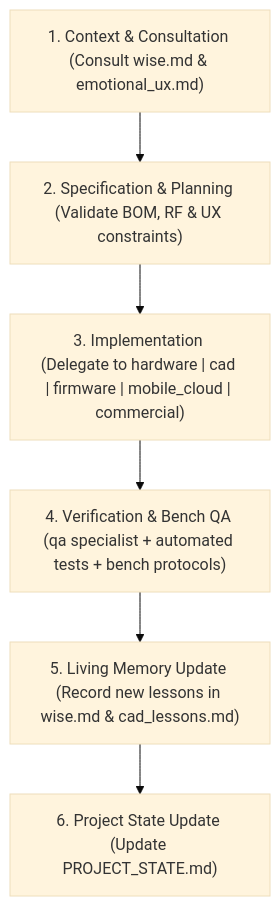
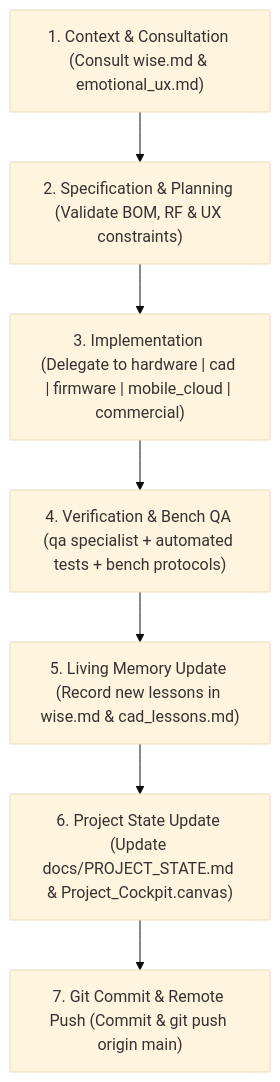
The diagram in AGENTS.md (robindelis/Smart-Crossword-), drawn with Mermaid (base theme) before and after one commit. The commit also changed other lines of this file and 19 other files, not shown here.

Commit message:
refactor(docs): move root markdown and loom files to docs/ and enforce git push

````diff
--- a/AGENTS.md
+++ b/AGENTS.md
@@ -38,8 +39,9 @@
 ```mermaid
 graph TD
     A["1. Context & Consultation (Consult wise.md & emotional_ux.md)"] --> B["2. Specification & Planning (Validate BOM, RF & UX constraints)"]
     B --> C["3. Implementation (Delegate to hardware | cad | firmware | mobile_cloud | commercial)"]
     C --> D["4. Verification & Bench QA (qa specialist + automated tests + bench protocols)"]
     D --> E["5. Living Memory Update (Record new lessons in wise.md & cad_lessons.md)"]
-    E --> F["6. Project State Update (Update PROJECT_STATE.md)"]
+    E --> F["6. Project State Update (Update docs/PROJECT_STATE.md & Project_Cockpit.canvas)"]
+    F --> G["7. Git Commit & Remote Push (Commit & git push origin main)"]
 ```
````
